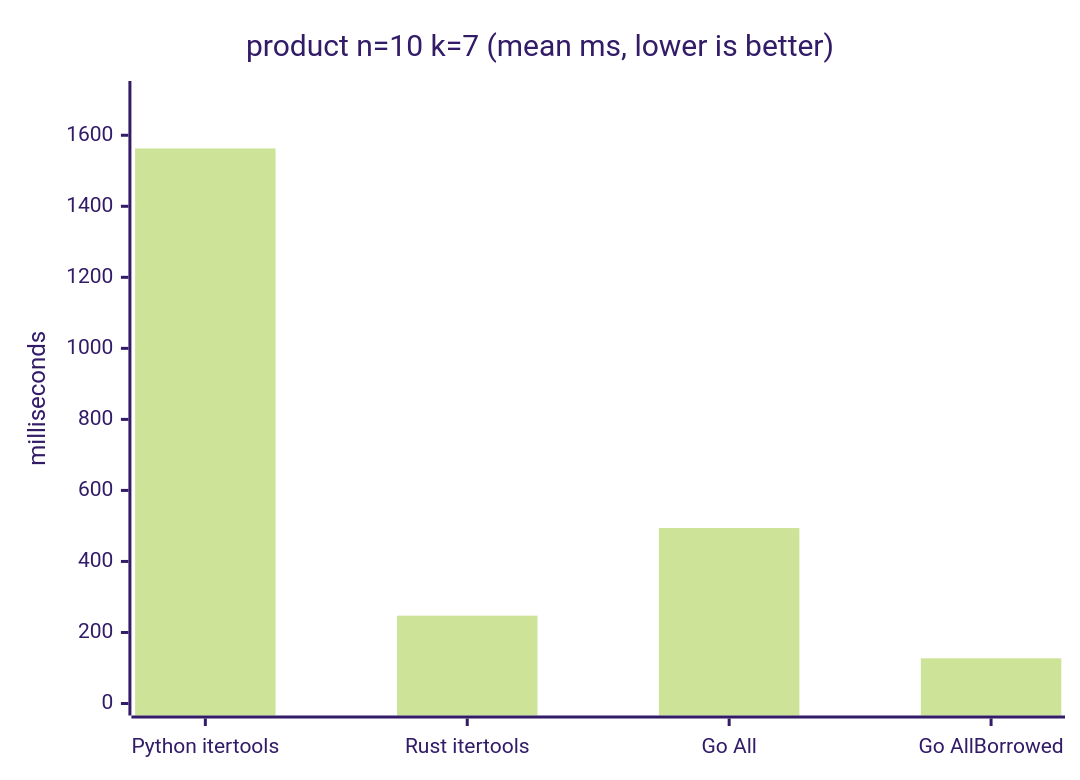
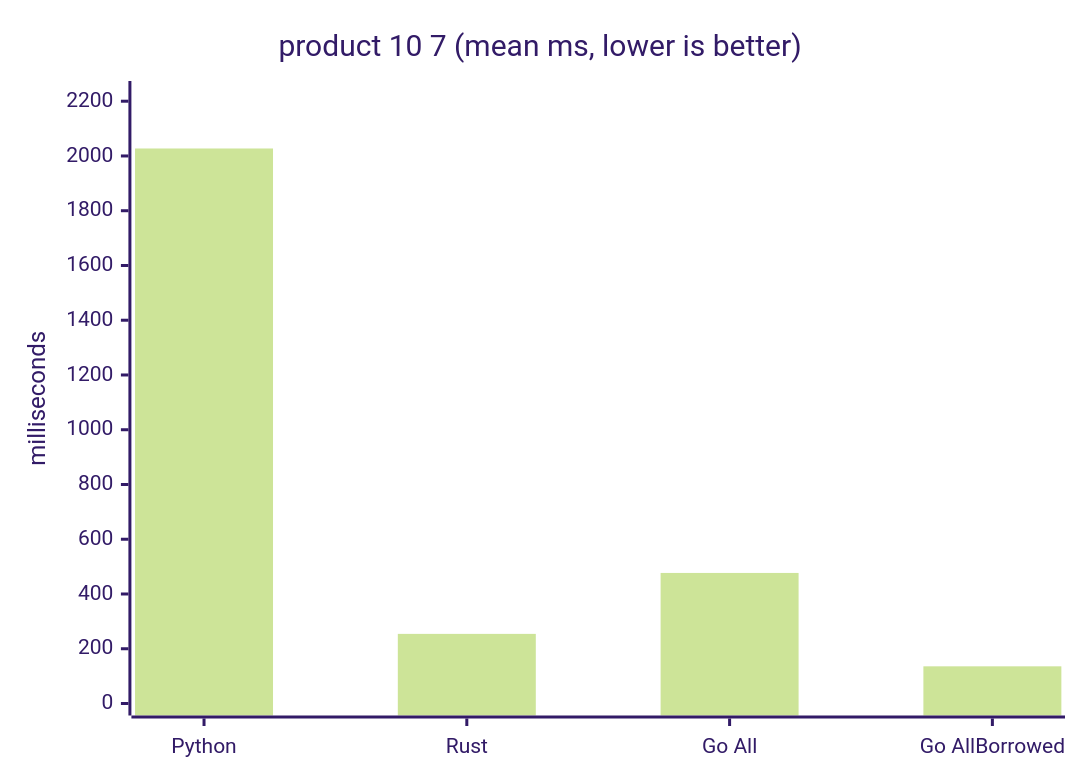
Before and after one commit to natemcintosh/gocombinatorics: the fourth of 8 diagrams in bench/RESULTS.md, drawn with Mermaid (forest theme). The commit also changed other lines of this file and 4 other files, not shown here.

````diff
--- a/bench/RESULTS.md
+++ b/bench/RESULTS.md
@@ -100,7 +108,7 @@
 ```mermaid
 xychart-beta
-    title "product n=10 k=7 (mean ms, lower is better)"
-    x-axis ["Python itertools", "Rust itertools", "Go All", "Go AllBorrowed"]
-    y-axis "milliseconds" 0 --> 1719
-    bar [1562.9, 247.3, 494.1, 127.3]
+    title "product 10 7 (mean ms, lower is better)"
+    x-axis ["Python", "Rust", "Go All", "Go AllBorrowed"]
+    y-axis "milliseconds" 0 --> 2230
+    bar [2027.3, 254.3, 476.9, 135.8]
 ```
````
